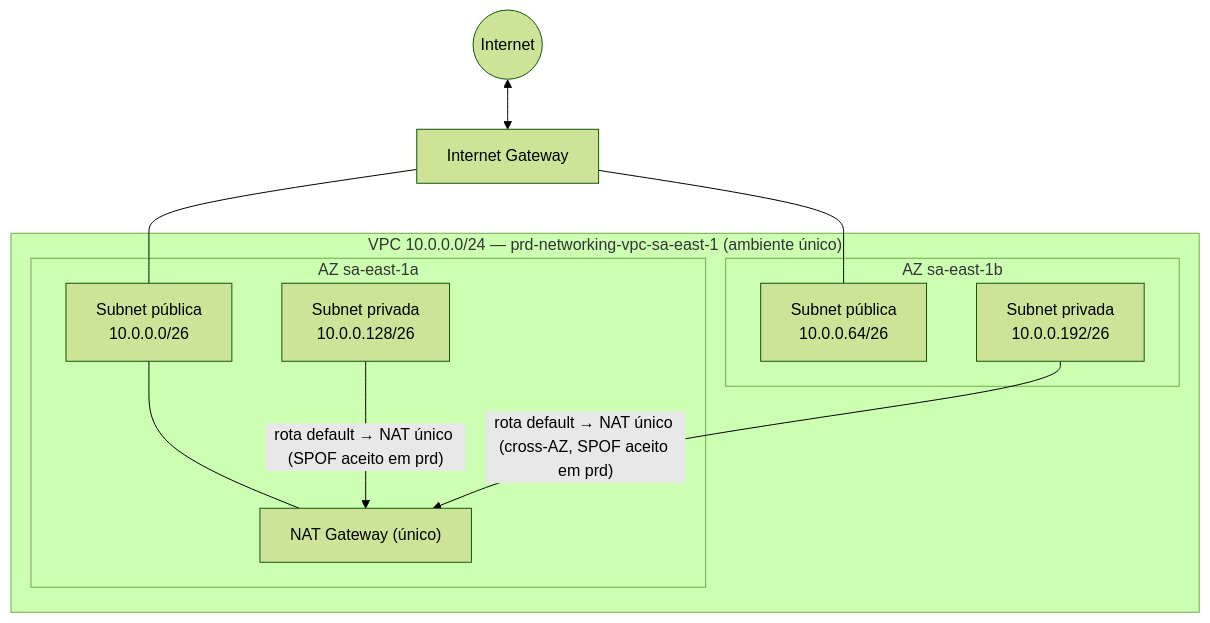
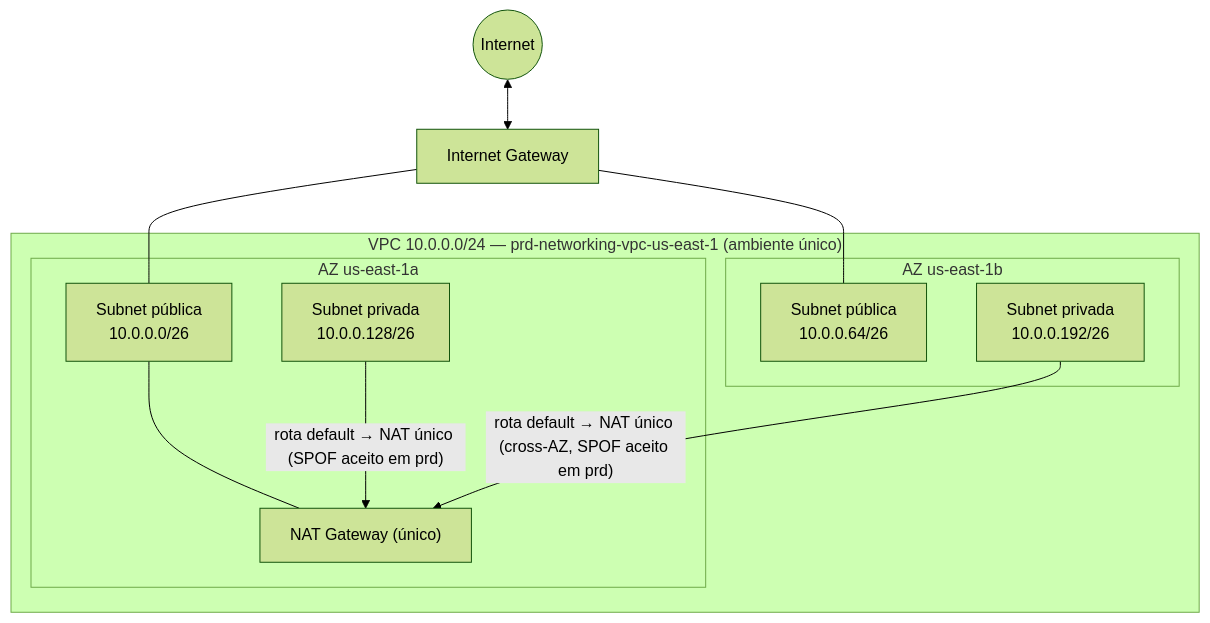
Before and after one commit to leopoldocardoso/workshop-devops-na-nuvem: the diagram in docs/adr/ADR-0001-networking-stack-vpc.md, drawn with Mermaid (forest theme). The commit also changed other lines of this file and 25 other files, not shown here.

````diff
--- a/docs/adr/ADR-0001-networking-stack-vpc.md
+++ b/docs/adr/ADR-0001-networking-stack-vpc.md
@@ -177,24 +183,24 @@
 ```mermaid
 flowchart TB
     Internet((Internet))
     IGW["Internet Gateway"]
 
-    subgraph VPC["VPC 10.0.0.0/24 — prd-networking-vpc-sa-east-1 (ambiente único)"]
-        subgraph AZ1["AZ sa-east-1a"]
+    subgraph VPC["VPC 10.0.0.0/24 — prd-networking-vpc-us-east-1 (ambiente único)"]
+        subgraph AZ1["AZ us-east-1a"]
             PUB1["Subnet pública\n10.0.0.0/26"]
             NAT1["NAT Gateway (único)"]
             PRIV1["Subnet privada\n10.0.0.128/26"]
         end
-        subgraph AZ2["AZ sa-east-1b"]
+        subgraph AZ2["AZ us-east-1b"]
             PUB2["Subnet pública\n10.0.0.64/26"]
             PRIV2["Subnet privada\n10.0.0.192/26"]
         end
     end
 
     Internet <--> IGW
     IGW --- PUB1
     IGW --- PUB2
     PUB1 --- NAT1
     PRIV1 -- "rota default → NAT único (SPOF aceito em prd)" --> NAT1
     PRIV2 -- "rota default → NAT único (cross-AZ, SPOF aceito em prd)" --> NAT1
 ```
````
